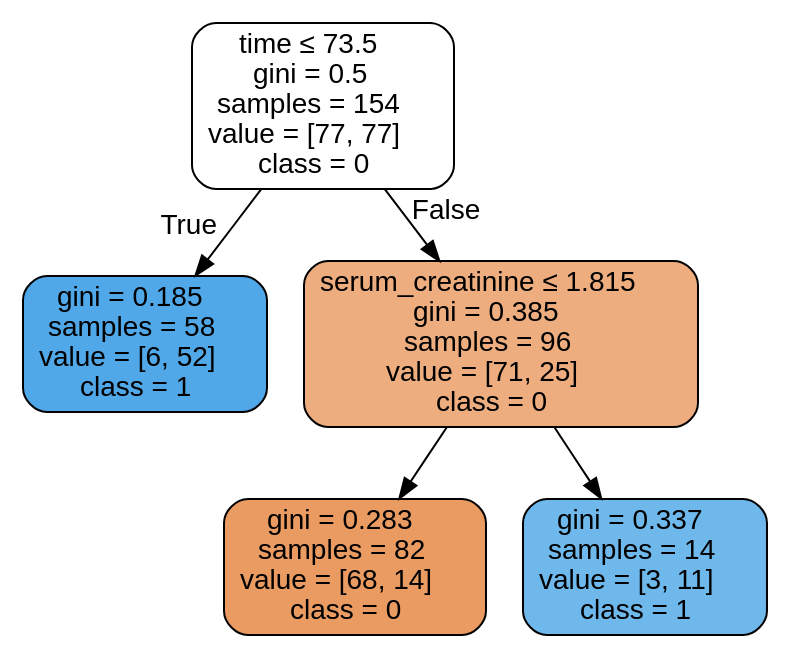
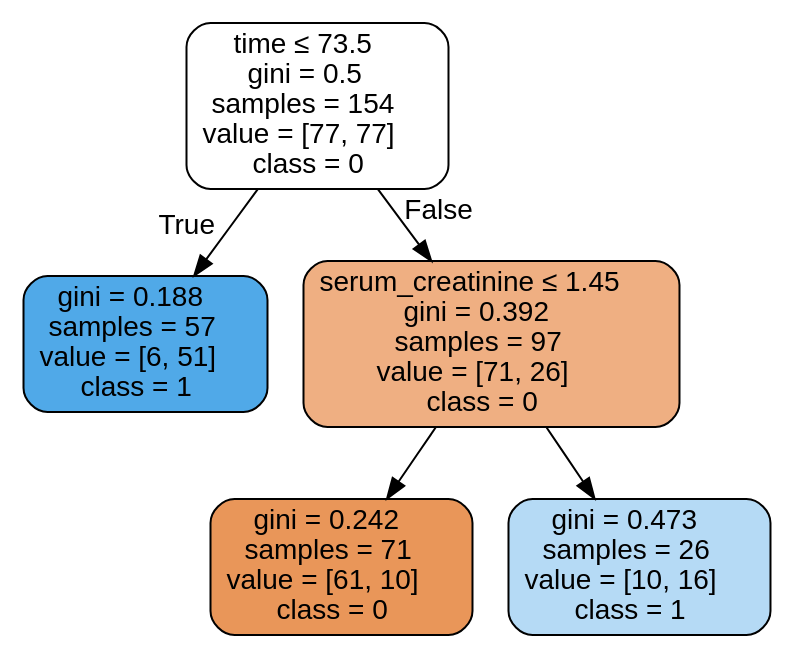
One commit to isabelSoares/CD-2021 changed the diagram in Labs/NewClassifiers/Results/DecisionTrees/UnderSample/ - No Outliers & Feature Selection/HFCR - UnderSample - dtree.dot. Above: the diagram before and after it, drawn with Graphviz. The commit also changed 173 other files, not shown here.

```diff
--- a/Labs/NewClassifiers/Results/DecisionTrees/UnderSample/ - No Outliers & Feature Selection/HFCR - UnderSample - dtree.dot
+++ b/Labs/NewClassifiers/Results/DecisionTrees/UnderSample/ - No Outliers & Feature Selection/HFCR - UnderSample - dtree.dot
@@ -1,13 +1,13 @@
 digraph Tree {
 node [shape=box, style="filled, rounded", color="black", fontname=helvetica] ;
 edge [fontname=helvetica] ;
 0 [label=<time &le; 73.5<br/>gini = 0.5<br/>samples = 154<br/>value = [77, 77]<br/>class = 0>, fillcolor="#ffffff"] ;
-1 [label=<gini = 0.185<br/>samples = 58<br/>value = [6, 52]<br/>class = 1>, fillcolor="#50a8e8"] ;
+1 [label=<gini = 0.188<br/>samples = 57<br/>value = [6, 51]<br/>class = 1>, fillcolor="#50a9e8"] ;
 0 -> 1 [labeldistance=2.5, labelangle=45, headlabel="True"] ;
-2 [label=<serum_creatinine &le; 1.815<br/>gini = 0.385<br/>samples = 96<br/>value = [71, 25]<br/>class = 0>, fillcolor="#eead7f"] ;
+2 [label=<serum_creatinine &le; 1.45<br/>gini = 0.392<br/>samples = 97<br/>value = [71, 26]<br/>class = 0>, fillcolor="#efaf82"] ;
 0 -> 2 [labeldistance=2.5, labelangle=-45, headlabel="False"] ;
-3 [label=<gini = 0.283<br/>samples = 82<br/>value = [68, 14]<br/>class = 0>, fillcolor="#ea9b62"] ;
+3 [label=<gini = 0.242<br/>samples = 71<br/>value = [61, 10]<br/>class = 0>, fillcolor="#e99659"] ;
 2 -> 3 ;
-4 [label=<gini = 0.337<br/>samples = 14<br/>value = [3, 11]<br/>class = 1>, fillcolor="#6fb8ec"] ;
+4 [label=<gini = 0.473<br/>samples = 26<br/>value = [10, 16]<br/>class = 1>, fillcolor="#b5daf5"] ;
 2 -> 4 ;
 }
```
